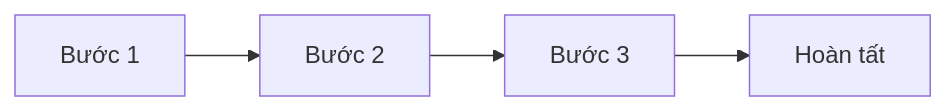
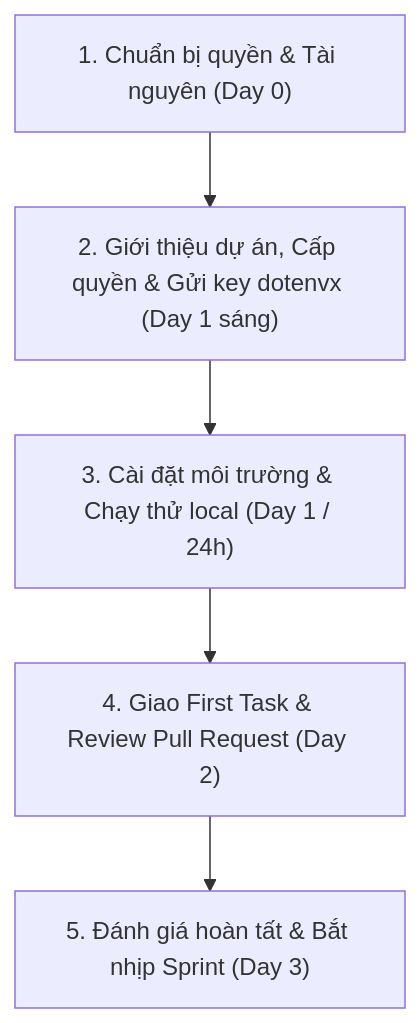
One commit to Cyberk-Official/handbooks changed the diagram in 03-team/project-onboarding/project-onboarding-process.md. Above: the diagram before and after it, drawn with Mermaid. The commit also changed other lines of this file and 3 other files, not shown here.

````diff
--- a/03-team/project-onboarding/project-onboarding-process.md
+++ b/03-team/project-onboarding/project-onboarding-process.md
@@ -27,6 +37,7 @@
 ```mermaid
-flowchart LR
-    A["Bước 1"] --> B["Bước 2"]
-    B --> C["Bước 3"]
-    C --> D["Hoàn tất"]
+flowchart TD
+    A["1. Chuẩn bị quyền & Tài nguyên (Day 0)"] --> B["2. Giới thiệu dự án, Cấp quyền & Gửi key dotenvx (Day 1 sáng)"]
+    B --> C["3. Cài đặt môi trường & Chạy thử local (Day 1 / 24h)"]
+    C --> D["4. Giao First Task & Review Pull Request (Day 2)"]
+    D --> E["5. Đánh giá hoàn tất & Bắt nhịp Sprint (Day 3)"]
 ```
````
